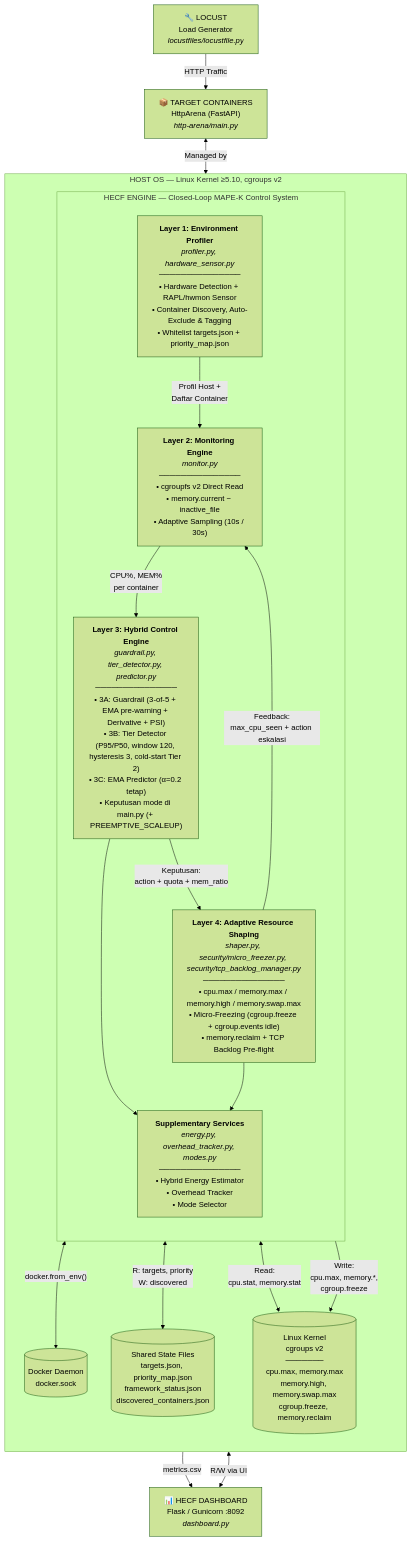
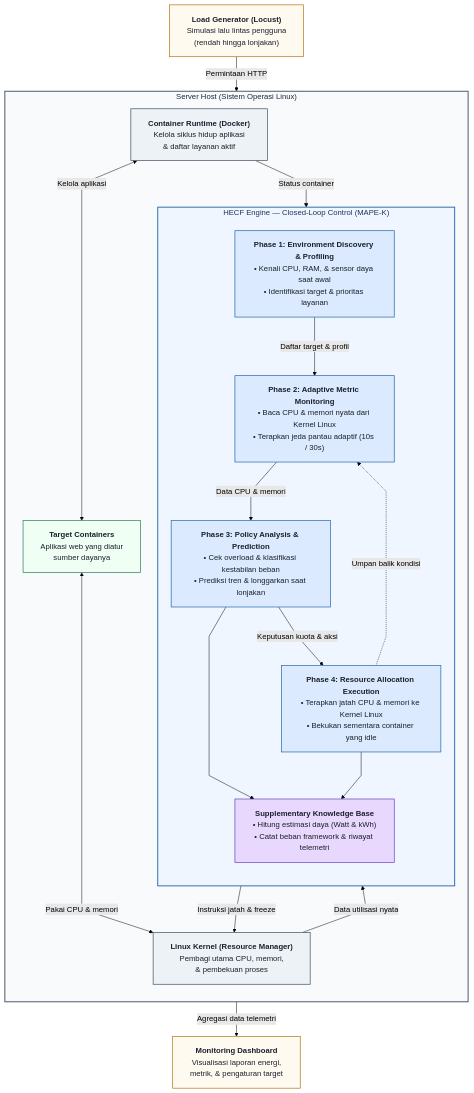
The first of 2 diagrams in architecture-diagrams/00-concept/big_picture.md (fauzanreza/green-container-framework), drawn with Mermaid (forest theme) before and after one commit. The commit also changed other lines of this file and 13 other files, not shown here.

Commit message:
Menyesuaikan diagram

````diff
--- a/architecture-diagrams/00-concept/big_picture.md
+++ b/architecture-diagrams/00-concept/big_picture.md
@@ -8,45 +16,47 @@
 ```mermaid
+%%{init: {'flowchart': {'wrappingWidth': 260, 'padding': 18, 'nodeSpacing': 36, 'rankSpacing': 48, 'curve': 'linear'}}}%%
 flowchart TB
-    subgraph HOST["HOST OS — Linux Kernel ≥5.10, cgroups v2"]
+    LOCUST["<b>Load Generator (Locust)</b><br/>Simulasi lalu lintas pengguna<br/>(rendah hingga lonjakan)"]:::ext
+
+    subgraph HOST["Server Host (Sistem Operasi Linux)"]
         direction TB
+        DOCKER["<b>Container Runtime (Docker)</b><br/>Kelola siklus hidup aplikasi<br/>&amp; daftar layanan aktif"]:::infra
+        TARGET["<b>Target Containers</b><br/>Aplikasi web yang diatur<br/>sumber dayanya"]:::app
+        KERNEL["<b>Linux Kernel (Resource Manager)</b><br/>Pembagi utama CPU, memori,<br/>&amp; pembekuan proses"]:::infra
 
-        subgraph MAPE["HECF ENGINE — Closed-Loop MAPE-K Control System"]
+        subgraph HECF["HECF Engine — Closed-Loop Control (MAPE-K)"]
             direction TB
+            L1["<b>Phase 1: Environment Discovery &amp; Profiling</b><br/>• Kenali CPU, RAM, &amp; sensor daya saat awal<br/>• Identifikasi target &amp; prioritas layanan"]:::fase
+            L2["<b>Phase 2: Adaptive Metric Monitoring</b><br/>• Baca CPU &amp; memori nyata dari Kernel Linux<br/>• Terapkan jeda pantau adaptif (10s / 30s)"]:::fase
+            L3["<b>Phase 3: Policy Analysis &amp; Prediction</b><br/>• Cek overload &amp; klasifikasi kestabilan beban<br/>• Prediksi tren &amp; longgarkan saat lonjakan"]:::fase
+            L4["<b>Phase 4: Resource Allocation Execution</b><br/>• Terapkan jatah CPU &amp; memori ke Kernel Linux<br/>• Bekukan sementara container yang idle"]:::fase
+            SUP["<b>Supplementary Knowledge Base</b><br/>• Hitung estimasi daya (Watt &amp; kWh)<br/>• Catat beban framework &amp; riwayat telemetri"]:::sup
 
-            L1["<b>Layer 1: Environment Profiler</b><br/><i>profiler.py, hardware_sensor.py</i><br/>───────────────<br/>• Hardware Detection + RAPL/hwmon Sensor<br/>• Container Discovery, Auto-Exclude & Tagging<br/>• Whitelist targets.json + priority_map.json"]
-
-            L2["<b>Layer 2: Monitoring Engine</b><br/><i>monitor.py</i><br/>───────────────<br/>• cgroupfs v2 Direct Read<br/>• memory.current − inactive_file<br/>• Adaptive Sampling (10s / 30s)"]
-
-            L3["<b>Layer 3: Hybrid Control Engine</b><br/><i>guardrail.py, tier_detector.py, predictor.py</i><br/>───────────────<br/>• 3A: Guardrail (3-of-5 + EMA pre-warning + Derivative + PSI)<br/>• 3B: Tier Detector (P95/P50, window 120, hysteresis 3, cold-start Tier 2)<br/>• 3C: EMA Predictor (α=0.2 tetap)<br/>• Keputusan mode di main.py (+ PREEMPTIVE_SCALEUP)"]
-
-            L4["<b>Layer 4: Adaptive Resource Shaping</b><br/><i>shaper.py, security/micro_freezer.py, security/tcp_backlog_manager.py</i><br/>───────────────<br/>• cpu.max / memory.max / memory.high / memory.swap.max<br/>• Micro-Freezing (cgroup.freeze + cgroup.events idle)<br/>• memory.reclaim + TCP Backlog Pre-flight"]
-
-            SUP["<b>Supplementary Services</b><br/><i>energy.py, overhead_tracker.py, modes.py</i><br/>───────────────<br/>• Hybrid Energy Estimator<br/>• Overhead Tracker<br/>• Mode Selector"]
-
-            L1 -->|"Profil Host +<br/>Daftar Container"| L2
-            L2 -->|"CPU%, MEM%<br/>per container"| L3
-            L3 -->|"Keputusan:<br/>action + quota + mem_ratio"| L4
-            L4 -->|"Feedback:<br/>max_cpu_seen + action eskalasi"| L2
+            L1 -->|Daftar target &amp; profil| L2
+            L2 -->|Data CPU &amp; memori| L3
+            L3 -->|Keputusan kuota &amp; aksi| L4
+            L4 -.->|Umpan balik kondisi| L2
             L3 --> SUP
             L4 --> SUP
         end
-
-        KERNEL[("Linux Kernel<br/>cgroups v2<br/>───────<br/>cpu.max, memory.max<br/>memory.high, memory.swap.max<br/>cgroup.freeze, memory.reclaim")]
-        DOCKER[("Docker Daemon<br/>docker.sock")]
-        SHARED[("Shared State Files<br/>targets.json, priority_map.json<br/>framework_status.json<br/>discovered_containers.json")]
-
-        L1 <-->|"docker.from_env()"| DOCKER
-        L1 <-->|"R: targets, priority<br/>W: discovered"| SHARED
-        L2 <-->|"Read:<br/>cpu.stat, memory.stat"| KERNEL
-        L4 -->|"Write:<br/>cpu.max, memory.*,<br/>cgroup.freeze"| KERNEL
     end
 
-    LOCUST["🔧 LOCUST<br/>Load Generator<br/><i>locustfiles/locustfile.py</i>"]
-    TARGET["📦 TARGET CONTAINERS<br/>HttpArena (FastAPI)<br/><i>http-arena/main.py</i>"]
-    DASH["📊 HECF DASHBOARD<br/>Flask / Gunicorn :8092<br/><i>dashboard.py</i>"]
+    DASH["<b>Monitoring Dashboard</b><br/>Visualisasi laporan energi,<br/>metrik, &amp; pengaturan target"]:::ext
 
-    LOCUST -->|"HTTP Traffic"| TARGET
-    TARGET <-->|"Managed by"| DOCKER
-    SUP -->|"metrics.csv"| DASH
-    DASH <-->|"R/W via UI"| SHARED
+    LOCUST -->|Permintaan HTTP| TARGET
+    DOCKER <-->|Kelola aplikasi| TARGET
+    TARGET <-->|Pakai CPU &amp; memori| KERNEL
+    DOCKER -->|Status container| L1
+    KERNEL -->|Data utilisasi nyata| L2
+    L4 -->|Instruksi jatah &amp; freeze| KERNEL
+    SUP -->|Agregasi data telemetri| DASH
+
+    style HOST fill:#f8fafc,stroke:#475569,stroke-width:2px,color:#1e293b
+    style HECF fill:#eff6ff,stroke:#2b6cb0,stroke-width:2px,color:#1a365d
+
+    classDef fase fill:#dbeafe,stroke:#2b6cb0,stroke-width:1.5px,color:#1a202c;
+    classDef sup fill:#e9d8fd,stroke:#6b46c1,stroke-width:1.5px,color:#1a202c;
+    classDef infra fill:#edf2f7,stroke:#4a5568,stroke-width:1.5px,color:#1a202c;
+    classDef app fill:#f0fff4,stroke:#2f855a,stroke-width:1.5px,color:#1a202c;
+    classDef ext fill:#fffaf0,stroke:#b7791f,stroke-width:1.5px,color:#1a202c;
 ```
````
